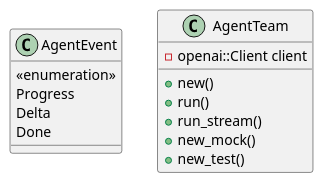
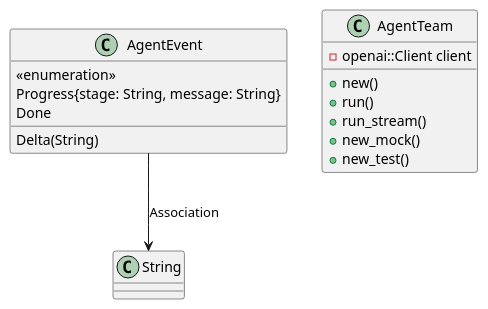
One commit to lgcorzo/fastapi-autogen-team changed the first of 2 diagrams in openwiki/modules/src/domain/agent/team.md. Above: the diagram before and after it, drawn with PlantUML. The commit also changed other lines of this file and 35 other files, not shown here.

````diff
--- a/openwiki/modules/src/domain/agent/team.md
+++ b/openwiki/modules/src/domain/agent/team.md
@@ -37,18 +37,19 @@
 ```plantuml
 @startuml
     class AgentEvent {
         <<enumeration>>
-        Progress
-        Delta
+        Progress{stage: String, message: String}
+        Delta(String)
         Done
     }
     class AgentTeam {
         -openai::Client client
         +new()
         +run()
         +run_stream()
         +new_mock()
         +new_test()
     }
+    AgentEvent --> String : Association
 @enduml
 ```
````
